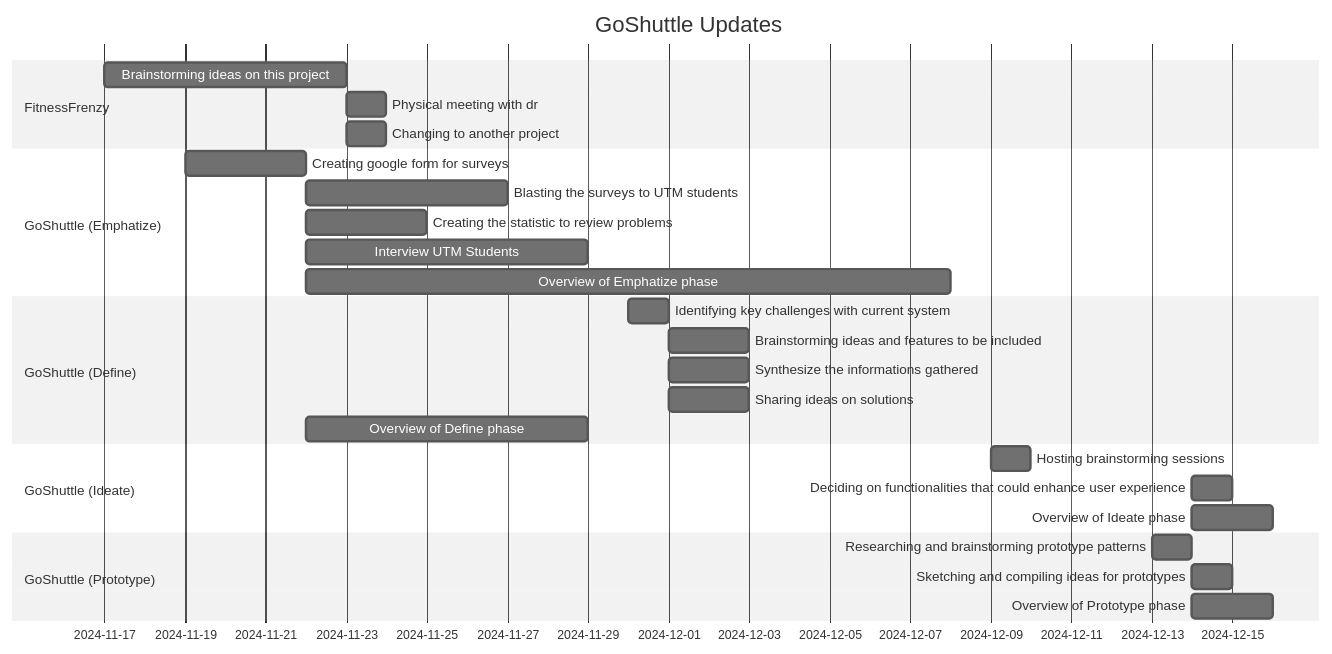
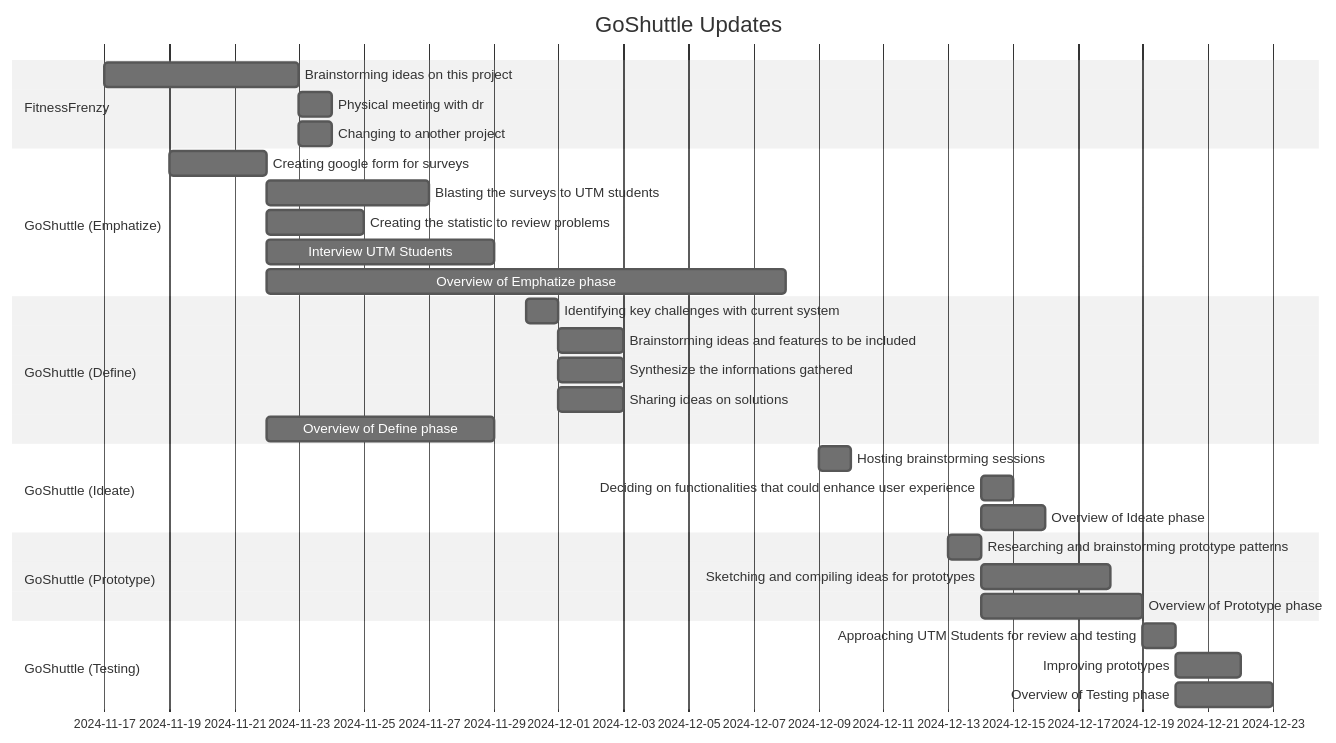
One commit to HaritzHaykal/Group-1 changed the diagram in Group 3/Gantt Chart Overview.md. Above: the diagram before and after it, drawn with Mermaid (neutral theme).

Commit message:
Update Gantt Chart Overview.md

````diff
--- a/Group 3/Gantt Chart Overview.md
+++ b/Group 3/Gantt Chart Overview.md
@@ -1,30 +1,34 @@
 ```mermaid
 gantt
     title GoShuttle Updates
     dateFormat YYYY-MM-DD
     section FitnessFrenzy 
         Brainstorming ideas on this project :a1, 2024-11-17, 6d
         Physical meeting with dr    :after a1, 1d
         Changing to another project :after a1, 1d
     section GoShuttle (Emphatize)
         Creating google form for surveys    :b1, 2024-11-19, 3d
         Blasting the surveys to UTM students   :after b1, 5d
         Creating the statistic to review problems :after b1, 3d
         Interview UTM Students :after b1, 7d
         Overview of Emphatize phase    :after b1, 16d
    section GoShuttle (Define)
         Identifying key challenges with current system:c1, 2024-11-30, 1d
         Brainstorming ideas and features to be included :after c1, 2d
         Synthesize the informations gathered    :after c1, 2d
         Sharing ideas on solutions   :after c1, 2d
         Overview of Define phase    :after b1, 7d
 section GoShuttle (Ideate)
         Hosting brainstorming sessions :d1, 2024-12-9, 1d
         Deciding on functionalities that could enhance user experience :after d1, 1d
         Overview of Ideate phase    :after d1, 2d
 section GoShuttle (Prototype)
         Researching and brainstorming prototype patterns :d1, 2024-12-13, 1d
-        Sketching and compiling ideas for prototypes :after d1, 1d
-        Overview of Prototype phase    :after d1, 2d
+        Sketching and compiling ideas for prototypes :after d1, 4d
+        Overview of Prototype phase    :after d1, 5d
+section GoShuttle (Testing)
+        Approaching UTM Students for review and testing :f1, 2024-12-19, 1d
+        Improving prototypes :after f1, 2d
+        Overview of Testing phase    :after f1, 3d
 
 ```
````
